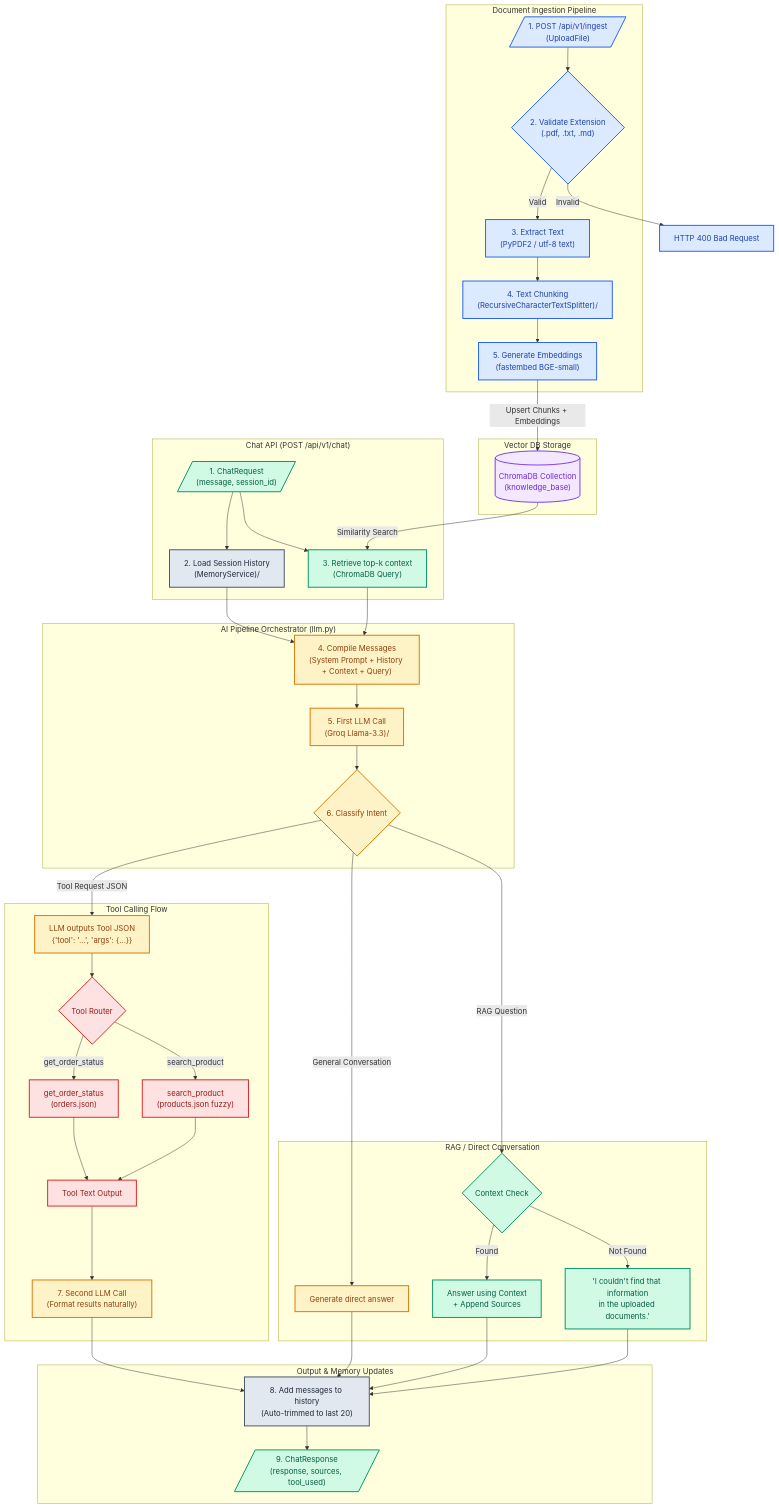
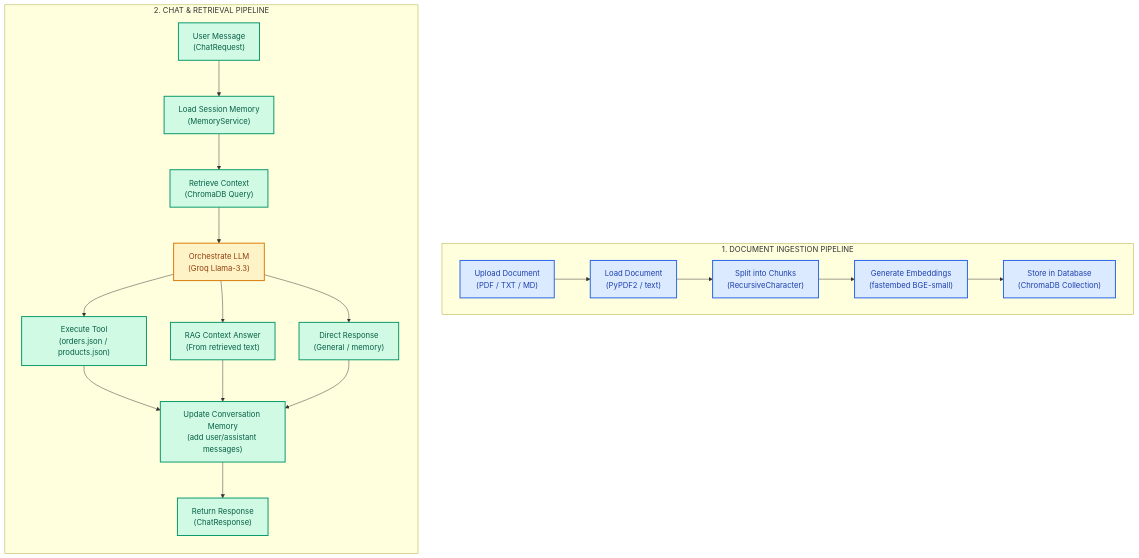
One commit to mrshibly/rag-assistant-fastapi changed the diagram in docs/architecture.md. Above: the diagram before and after it, drawn with Mermaid.

Commit message:
docs: sync docs/architecture.md Mermaid code with the visual layout of the generated PNG

````diff
--- a/docs/architecture.md
+++ b/docs/architecture.md
@@ -5,97 +5,36 @@
 ```mermaid
 flowchart TD
-    %% Styling definitions
+    %% Styling Definitions
     classDef ingest fill:#dbeafe,stroke:#2563eb,stroke-width:2px,color:#1e40af;
-    classDef storage fill:#f3e8ff,stroke:#7c3aed,stroke-width:2px,color:#6d28d9;
     classDef chat fill:#d1fae5,stroke:#059669,stroke-width:2px,color:#065f46;
     classDef llm fill:#fef3c7,stroke:#d97706,stroke-width:2px,color:#92400e;
-    classDef tool fill:#fee2e2,stroke:#dc2626,stroke-width:2px,color:#991b1b;
-    classDef memory fill:#e2e8f0,stroke:#475569,stroke-width:2px,color:#1e293b;
 
-    %% Ingestion Pipeline
-    subgraph Ingestion["Document Ingestion Pipeline"]
-        A[/"1. POST /api/v1/ingest<br/>(UploadFile)"/]:::ingest
-        B{"2. Validate Extension<br/>(.pdf, .txt, .md)"}:::ingest
-        C["3. Extract Text<br/>(PyPDF2 / utf-8 text)"]:::ingest
-        D["4. Text Chunking<br/>(RecursiveCharacterTextSplitter)"/]:::ingest
-        E["5. Generate Embeddings<br/>(fastembed BGE-small)"]:::ingest
+    %% 1. Document Ingestion Pipeline
+    subgraph Ingestion ["1. DOCUMENT INGESTION PIPELINE"]
+        direction LR
+        I1["Upload Document<br/>(PDF / TXT / MD)"]:::ingest --> I2["Load Document<br/>(PyPDF2 / text)"]:::ingest
+        I2 --> I3["Split into Chunks<br/>(RecursiveCharacter)"]:::ingest
+        I3 --> I4["Generate Embeddings<br/>(fastembed BGE-small)"]:::ingest
+        I4 --> I5["Store in Database<br/>(ChromaDB Collection)"]:::ingest
     end
 
-    A --> B
-    B -->|Valid| C
-    B -->|Invalid| B_Err["HTTP 400 Bad Request"]:::ingest
-    C --> D
-    D --> E
-
-    %% Storage
-    subgraph Storage["Vector DB Storage"]
-        DB[("ChromaDB Collection<br/>(knowledge_base)")]:::storage
+    %% 2. Chat & Retrieval Pipeline
+    subgraph Chat ["2. CHAT & RETRIEVAL PIPELINE"]
+        direction TB
+        C1["User Message<br/>(ChatRequest)"]:::chat --> C2["Load Session Memory<br/>(MemoryService)"]:::chat
+        C2 --> C3["Retrieve Context<br/>(ChromaDB Query)"]:::chat
+        C3 --> C4["Orchestrate LLM<br/>(Groq Llama-3.3)"]:::llm
+        
+        %% Decision Branches
+        C4 --> B1["Execute Tool<br/>(orders.json / products.json)"]:::chat
+        C4 --> B2["RAG Context Answer<br/>(From retrieved text)"]:::chat
+        C4 --> B3["Direct Response<br/>(General / memory)"]:::chat
+        
+        %% Convergence
+        B1 --> M1["Update Conversation Memory<br/>(add user/assistant messages)"]:::chat
+        B2 --> M1
+        B3 --> M1
+        
+        M1 --> R1["Return Response<br/>(ChatResponse)"]:::chat
     end
-
-    E -->|Upsert Chunks + Embeddings| DB
-
-    %% Chat Pipeline
-    subgraph ChatAPI["Chat API (POST /api/v1/chat)"]
-        F[/"1. ChatRequest<br/>(message, session_id)"/]:::chat
-        G["2. Load Session History<br/>(MemoryService)"/]:::memory
-        H["3. Retrieve top-k context<br/>(ChromaDB Query)"]:::chat
-    end
-
-    F --> G
-    F --> H
-    DB -->|Similarity Search| H
-
-    subgraph LLMOrchestration["AI Pipeline Orchestrator (llm.py)"]
-        I["4. Compile Messages<br/>(System Prompt + History + Context + Query)"]:::llm
-        J["5. First LLM Call<br/>(Groq Llama-3.3)"/]:::llm
-        K{"6. Classify Intent"}:::llm
-    end
-
-    G --> I
-    H --> I
-    I --> J
-    J --> K
-
-    %% Tool Routing
-    subgraph ToolCalling["Tool Calling Flow"]
-        T_JSON["LLM outputs Tool JSON<br/>{'tool': '...', 'args': {...}}"]:::llm
-        T_Exec{"Tool Router"}:::tool
-        T_Order["get_order_status<br/>(orders.json)"]:::tool
-        T_Prod["search_product<br/>(products.json fuzzy)"]:::tool
-        T_Result["Tool Text Output"]:::tool
-        LLM_Format["7. Second LLM Call<br/>(Format results naturally)"]:::llm
-    end
-
-    K -->|Tool Request JSON| T_JSON
-    T_JSON --> T_Exec
-    T_Exec -->|get_order_status| T_Order
-    T_Exec -->|search_product| T_Prod
-    T_Order --> T_Result
-    T_Prod --> T_Result
-    T_Result --> LLM_Format
-
-    subgraph DirectRouting["RAG / Direct Conversation"]
-        R_Text["Generate direct answer"]:::llm
-        R_Fallback{"Context Check"}:::chat
-        R_Context["Answer using Context<br/>+ Append Sources"]:::chat
-        R_NoContext["'I couldn't find that information<br/>in the uploaded documents.'"]:::chat
-    end
-
-    K -->|General Conversation| R_Text
-    K -->|RAG Question| R_Fallback
-    R_Fallback -->|Found| R_Context
-    R_Fallback -->|Not Found| R_NoContext
-
-    %% Finalize & Return
-    subgraph Output["Output & Memory Updates"]
-        M_Update["8. Add messages to history<br/>(Auto-trimmed to last 20)"]:::memory
-        M_Resp[/"9. ChatResponse<br/>(response, sources, tool_used)"/]:::chat
-    end
-
-    LLM_Format --> M_Update
-    R_Text --> M_Update
-    R_Context --> M_Update
-    R_NoContext --> M_Update
-
-    M_Update --> M_Resp
 ```
````
